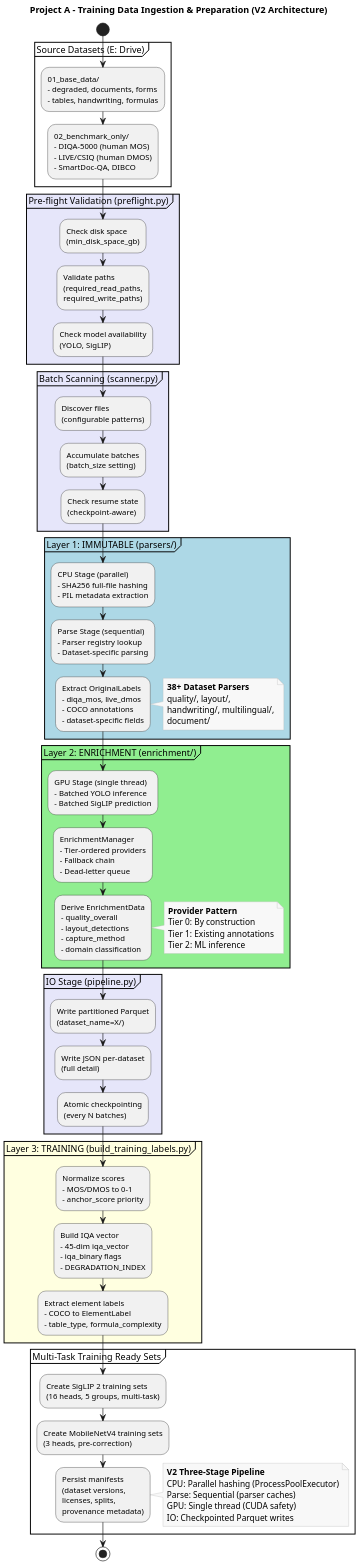
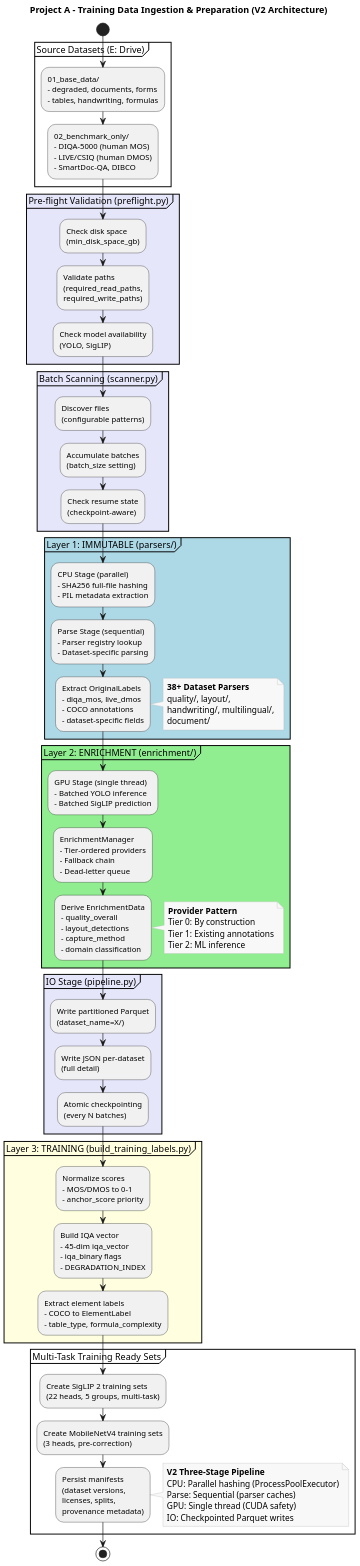
The diagram in docs/architecture/diagrams/level-2/data-preparation/project-a-training-data-ingestion.puml (williaby/image-preprocessing-detector), drawn with PlantUML before and after one commit. The commit also changed 121 other files, not shown here.

```diff
--- a/docs/architecture/diagrams/level-2/data-preparation/project-a-training-data-ingestion.puml
+++ b/docs/architecture/diagrams/level-2/data-preparation/project-a-training-data-ingestion.puml
@@ -1,85 +1,85 @@
 @startuml project-a-training-data-ingestion
 title Project A - Training Data Ingestion & Preparation (V2 Architecture)
 
 skinparam dpi 150
 skinparam shadowing false
 skinparam rectangle {
   BackgroundColor White
   BorderColor Black
 }
 skinparam note {
   BackgroundColor #F8F8F8
   BorderColor #BBBBBB
 }
 start
 
 partition "Source Datasets (E: Drive)" {
   :01_base_data/\n- degraded, documents, forms\n- tables, handwriting, formulas;
   :02_benchmark_only/\n- DIQA-5000 (human MOS)\n- LIVE/CSIQ (human DMOS)\n- SmartDoc-QA, DIBCO;
 }
 
 partition "Pre-flight Validation (preflight.py)" #E6E6FA {
   :Check disk space\n(min_disk_space_gb);
   :Validate paths\n(required_read_paths,\nrequired_write_paths);
   :Check model availability\n(YOLO, SigLIP);
 }
 
 partition "Batch Scanning (scanner.py)" #E6E6FA {
   :Discover files\n(configurable patterns);
   :Accumulate batches\n(batch_size setting);
   :Check resume state\n(checkpoint-aware);
 }
 
 partition "Layer 1: IMMUTABLE (parsers/)" #ADD8E6 {
   :CPU Stage (parallel)\n- SHA256 full-file hashing\n- PIL metadata extraction;
   :Parse Stage (sequential)\n- Parser registry lookup\n- Dataset-specific parsing;
   :Extract OriginalLabels\n- diqa_mos, live_dmos\n- COCO annotations\n- dataset-specific fields;
   note right
     **38+ Dataset Parsers**
     quality/, layout/,
     handwriting/, multilingual/,
     document/
   end note
 }
 
 partition "Layer 2: ENRICHMENT (enrichment/)" #90EE90 {
   :GPU Stage (single thread)\n- Batched YOLO inference\n- Batched SigLIP prediction;
   :EnrichmentManager\n- Tier-ordered providers\n- Fallback chain\n- Dead-letter queue;
   :Derive EnrichmentData\n- quality_overall\n- layout_detections\n- capture_method\n- domain classification;
   note right
     **Provider Pattern**
     Tier 0: By construction
     Tier 1: Existing annotations
     Tier 2: ML inference
   end note
 }
 
 partition "IO Stage (pipeline.py)" #E6E6FA {
   :Write partitioned Parquet\n(dataset_name=X/);
   :Write JSON per-dataset\n(full detail);
   :Atomic checkpointing\n(every N batches);
 }
 
 partition "Layer 3: TRAINING (build_training_labels.py)" #FFFFE0 {
   :Normalize scores\n- MOS/DMOS to 0-1\n- anchor_score priority;
   :Build IQA vector\n- 45-dim iqa_vector\n- iqa_binary flags\n- DEGRADATION_INDEX;
   :Extract element labels\n- COCO to ElementLabel\n- table_type, formula_complexity;
 }
 
 partition "Multi-Task Training Ready Sets" {
-  :Create SigLIP 2 training sets\n(16 heads, 5 groups, multi-task);
+  :Create SigLIP 2 training sets\n(22 heads, 5 groups, multi-task);
   :Create MobileNetV4 training sets\n(3 heads, pre-correction);
   :Persist manifests\n(dataset versions,\nlicenses, splits,\nprovenance metadata);
 }
 
 note right
   **V2 Three-Stage Pipeline**
   CPU: Parallel hashing (ProcessPoolExecutor)
   Parse: Sequential (parser caches)
   GPU: Single thread (CUDA safety)
   IO: Checkpointed Parquet writes
 end note
 
 stop
 
 @enduml
```
